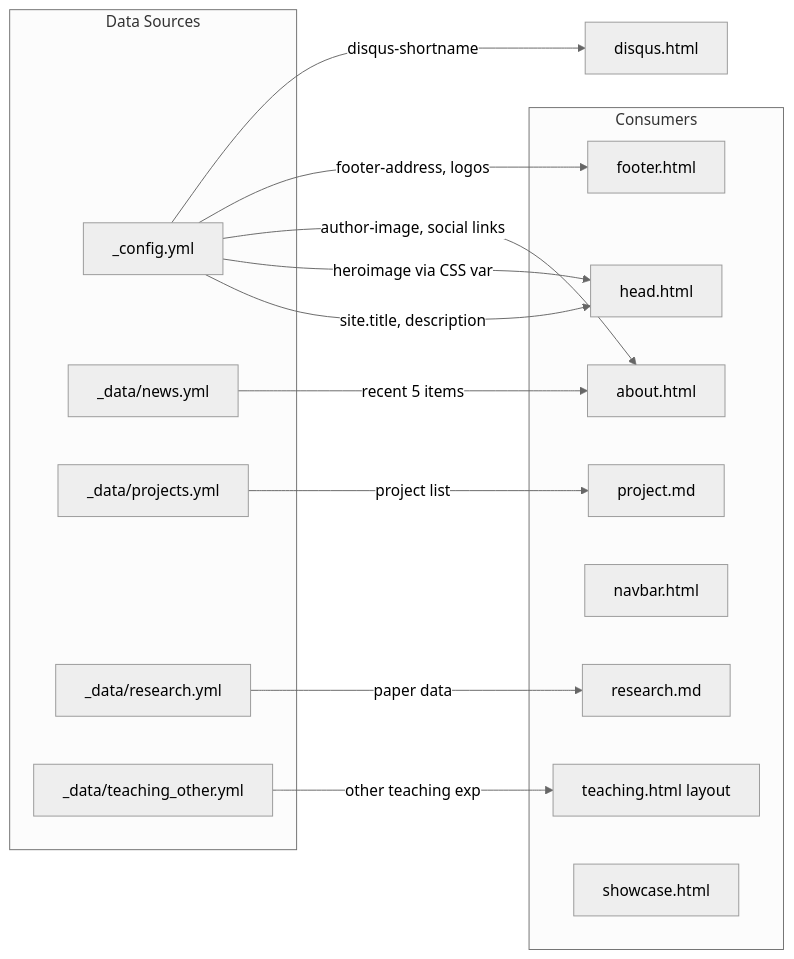
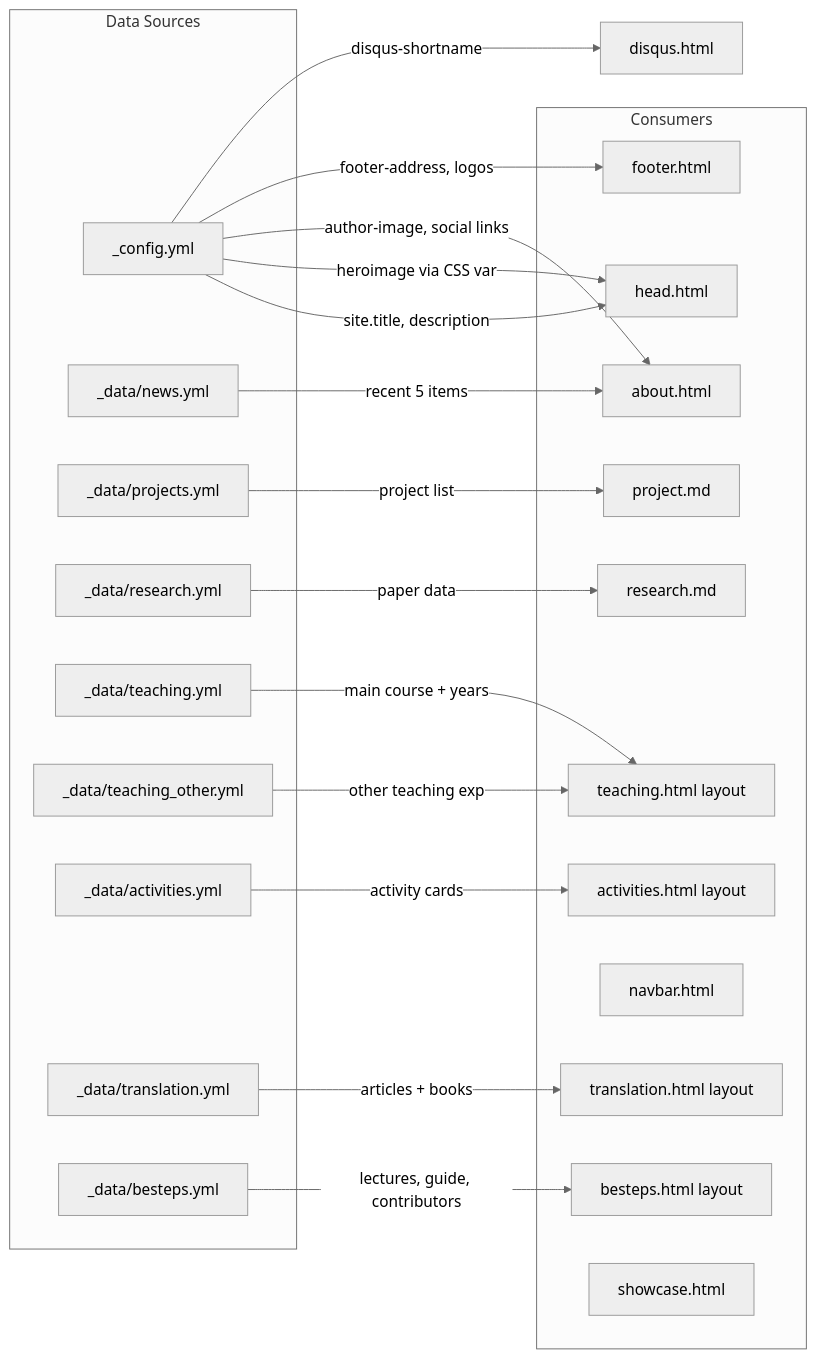
Before and after one commit to lin-mengwei/lin-mengwei.github.io: the sixth of 6 diagrams in ARCHITECTURE.md, drawn with Mermaid (neutral theme). The commit also changed other lines of this file, not shown here.

````diff
--- a/ARCHITECTURE.md
+++ b/ARCHITECTURE.md
@@ -231,32 +252,43 @@
 ```mermaid
 graph LR
     subgraph "Data Sources"
         config[_config.yml]
         news[_data/news.yml]
         projects[_data/projects.yml]
         research_yml[_data/research.yml]
-        teaching_yml[_data/teaching_other.yml]
+        teaching_yml[_data/teaching.yml]
+        teaching_other_yml[_data/teaching_other.yml]
+        activities_yml[_data/activities.yml]
+        translation_yml[_data/translation.yml]
+        besteps_yml[_data/besteps.yml]
     end
 
     subgraph "Consumers"
         about[about.html] 
         project_page[project.md]
         research_page[research.md]
         teaching_page[teaching.html layout]
+        activities_page[activities.html layout]
+        translation_page[translation.html layout]
+        besteps_page[besteps.html layout]
         navbar[navbar.html]
         footer[footer.html]
         head[head.html]
         showcase[showcase.html]
     end
 
     config -->|site.title, description| head
     config -->|heroimage via CSS var| head
     config -->|author-image, social links| about
     config -->|footer-address, logos| footer
     config -->|disqus-shortname| disqus[disqus.html]
 
     news -->|recent 5 items| about
     projects -->|project list| project_page
     research_yml -->|paper data| research_page
-    teaching_yml -->|other teaching exp| teaching_page
+    teaching_yml -->|main course + years| teaching_page
+    teaching_other_yml -->|other teaching exp| teaching_page
+    activities_yml -->|activity cards| activities_page
+    translation_yml -->|articles + books| translation_page
+    besteps_yml -->|lectures, guide, contributors| besteps_page
 ```
````
